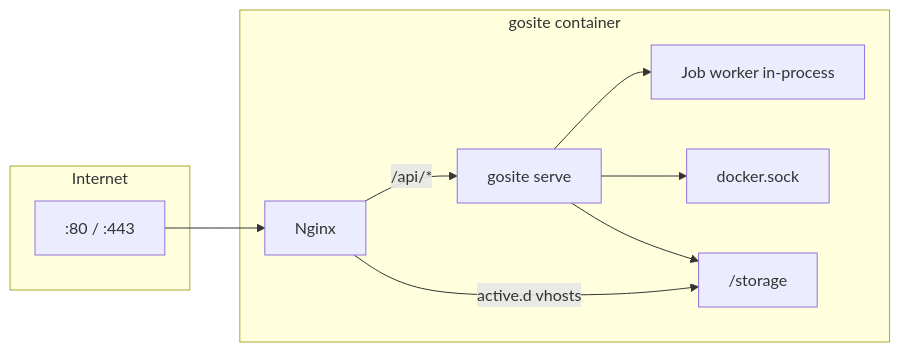
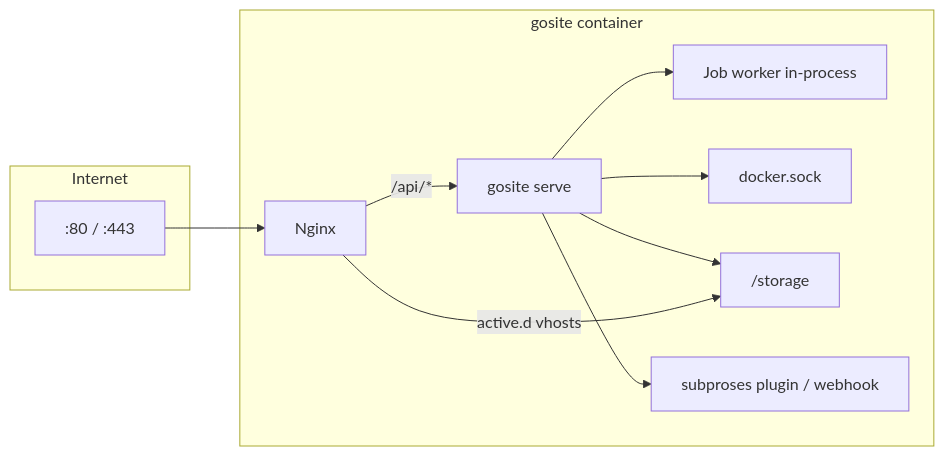
Before and after one commit to jahrulnr/GoSite: the diagram in docs/architecture_id.md, drawn with Mermaid. The commit also changed other lines of this file and 12 other files, not shown here.

First line of the commit message:
docs: refresh core architecture, domain model, and API inventory for v1.3.1

````diff
--- a/docs/architecture_id.md
+++ b/docs/architecture_id.md
@@ -14,21 +16,23 @@
 ```mermaid
 flowchart LR
     subgraph Internet
         P80[":80 / :443"]
     end
 
     subgraph Container["gosite container"]
         NGX[Nginx]
         APP[gosite serve]
         WORKER[Job worker in-process]
         SOCK[docker.sock]
         STG["/storage"]
+        PLG["subproses plugin / webhook"]
     end
 
     P80 --> NGX
     NGX -->|"/api/*"| APP
     NGX -->|active.d vhosts| STG
     APP --> STG
     APP --> WORKER
     APP --> SOCK
+    APP --> PLG
 ```
````
